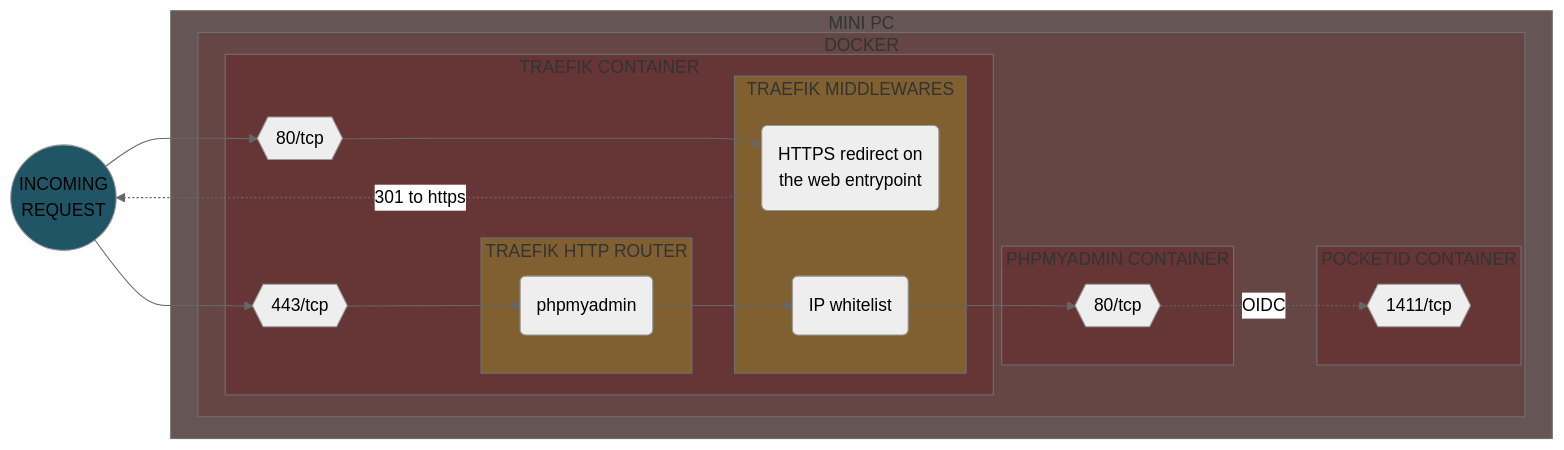
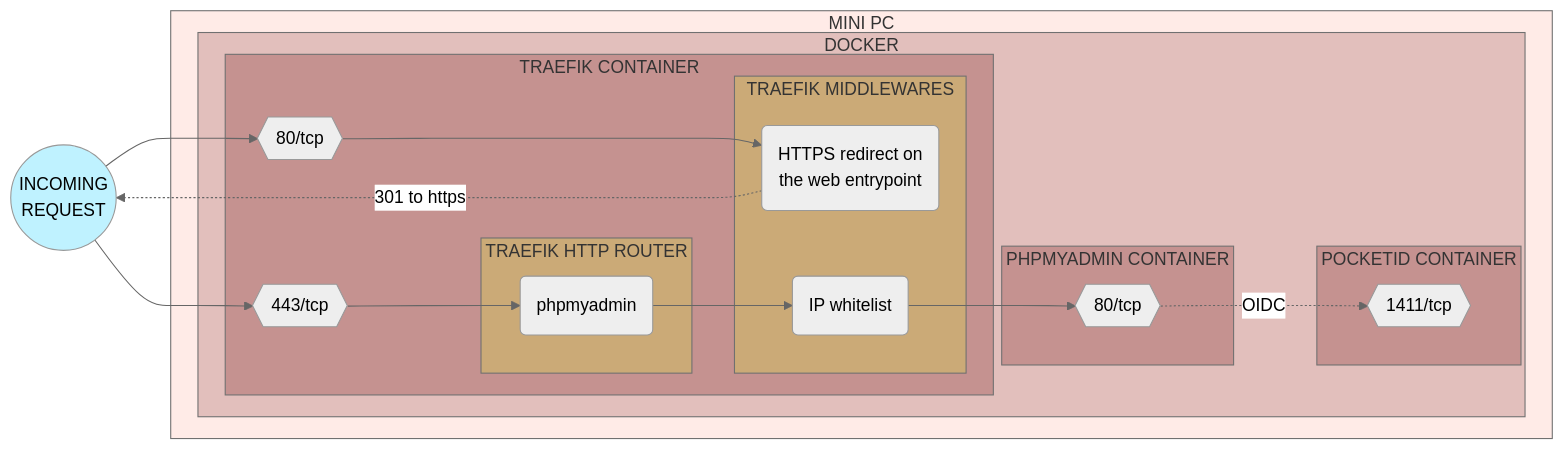
Before and after one commit to Yann39/self-hosted-n100: diagram 15 of 32 in README.md, drawn with Mermaid (neutral theme). The commit also changed other lines of this file and 1 other file, not shown here.

Commit message:
adapted diagrams so they display better in light mode

````diff
--- a/README.md
+++ b/README.md
@@ -3979,54 +3983,54 @@
 ```mermaid
 flowchart LR
-    style INCOMING_REQUEST fill: #205566
-    style TRAEFIK_CONTAINER fill: #663535
-    style APP_CONTAINER fill: #663535
-    style POCKETID_CONTAINER fill: #663535
-    style TRAEFIK_ROUTER fill: #806030
-    style TRAEFIK_MIDDLEWARE fill: #806030
-    style SERVER_DEVICE fill: #665555
-    style CONTAINER_ENGINE fill: #664545
+    style INCOMING_REQUEST fill: #45d8ff57
+    style TRAEFIK_CONTAINER fill: #6601013c
+    style APP_CONTAINER fill: #6601013c
+    style POCKETID_CONTAINER fill: #6601013c
+    style TRAEFIK_ROUTER fill: #defc1e37
+    style TRAEFIK_MIDDLEWARE fill: #defc1e37
+    style SERVER_DEVICE fill: #fec9bf5e
+    style CONTAINER_ENGINE fill: #67010030
     DOCKER_TRAEFIK_PORT443{{443/tcp}}
     DOCKER_TRAEFIK_PORT80{{80/tcp}}
     DOCKER_APP_PORT{{80/tcp}}
     DOCKER_POCKETID_PORT{{1411/tcp}}
     TRAEFIK_ROUTER_APP(phpmyadmin)
     TRAEFIK_MIDDLEWARE_REDIRECT(HTTPS redirect on<br>the web entrypoint)
     TRAEFIK_MIDDLEWARE_IP_WHITELIST(IP whitelist)
     INCOMING_REQUEST((INCOMING\nREQUEST))
 
     subgraph SERVER_DEVICE[MINI PC]
         subgraph CONTAINER_ENGINE[DOCKER]
             subgraph APP_CONTAINER[PHPMYADMIN CONTAINER]
                 DOCKER_APP_PORT
             end
 
             subgraph TRAEFIK_CONTAINER[TRAEFIK CONTAINER]
                 DOCKER_TRAEFIK_PORT443
                 DOCKER_TRAEFIK_PORT80
                 
                 subgraph TRAEFIK_ROUTER[TRAEFIK HTTP ROUTER]
                     TRAEFIK_ROUTER_APP
                 end
 
                 subgraph TRAEFIK_MIDDLEWARE[TRAEFIK MIDDLEWARES]
                     TRAEFIK_MIDDLEWARE_REDIRECT
                     TRAEFIK_MIDDLEWARE_IP_WHITELIST
                 end
             end
 
             subgraph POCKETID_CONTAINER[POCKETID CONTAINER]
                 DOCKER_POCKETID_PORT
             end
         end
     end
 
     INCOMING_REQUEST --> DOCKER_TRAEFIK_PORT443
     INCOMING_REQUEST --> DOCKER_TRAEFIK_PORT80
     DOCKER_TRAEFIK_PORT80 ---> TRAEFIK_MIDDLEWARE_REDIRECT
     TRAEFIK_MIDDLEWARE_REDIRECT -.->|301 to https| INCOMING_REQUEST
     DOCKER_TRAEFIK_PORT443 --> TRAEFIK_ROUTER_APP
     TRAEFIK_MIDDLEWARE_IP_WHITELIST --> DOCKER_APP_PORT
     TRAEFIK_ROUTER_APP --> TRAEFIK_MIDDLEWARE_IP_WHITELIST
     DOCKER_APP_PORT -..->|OIDC| DOCKER_POCKETID_PORT
 ```
````
